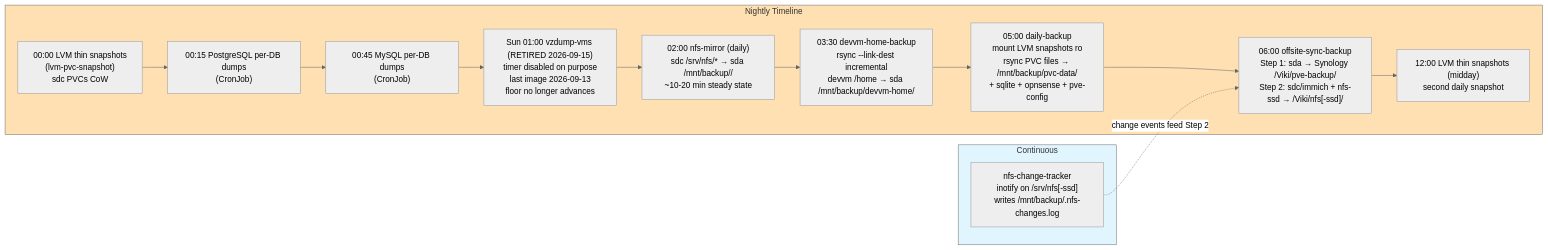
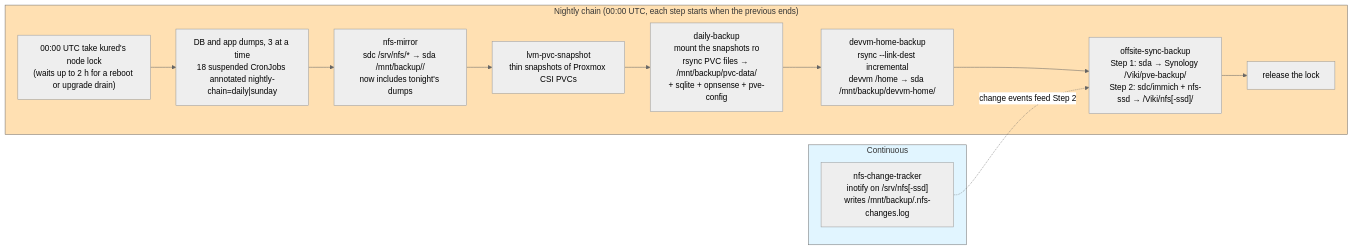
The third of 6 diagrams in docs/architecture/backup-dr.md (ViktorBarzin/infra), drawn with Mermaid (neutral theme) before and after one commit. The commit also changed other lines of this file and 37 other files, not shown here.

````diff
--- a/docs/architecture/backup-dr.md
+++ b/docs/architecture/backup-dr.md
@@ -213,24 +241,23 @@
 ```mermaid
 graph LR
     subgraph Continuous["Continuous"]
         INO["nfs-change-tracker<br/>inotify on /srv/nfs[-ssd]<br/>writes /mnt/backup/.nfs-changes.log"]
     end
 
-    subgraph Nightly["Nightly Timeline"]
-        T0000["00:00 LVM thin snapshots<br/>(lvm-pvc-snapshot)<br/>sdc PVCs CoW"]
-        T0015["00:15 PostgreSQL per-DB dumps<br/>(CronJob)"]
-        T0045["00:45 MySQL per-DB dumps<br/>(CronJob)"]
-        T0100["Sun 01:00 vzdump-vms (RETIRED 2026-09-15)<br/>timer disabled on purpose<br/>last image 2026-09-13<br/>floor no longer advances"]
-        T0200["02:00 nfs-mirror (daily)<br/>sdc /srv/nfs/* → sda /mnt/backup/<svc>/<br/>~10-20 min steady state"]
-        T0330["03:30 devvm-home-backup<br/>rsync --link-dest incremental<br/>devvm /home → sda /mnt/backup/devvm-home/"]
-        T0500["05:00 daily-backup<br/>mount LVM snapshots ro<br/>rsync PVC files → /mnt/backup/pvc-data/<br/>+ sqlite + opnsense + pve-config"]
-        T0600["06:00 offsite-sync-backup<br/>Step 1: sda → Synology /Viki/pve-backup/<br/>Step 2: sdc/immich + nfs-ssd → /Viki/nfs[-ssd]/"]
-        T1200["12:00 LVM thin snapshots (midday)<br/>second daily snapshot"]
+    subgraph Nightly["Nightly chain (00:00 UTC, each step starts when the previous ends)"]
+        T0000["00:00 UTC take kured's node lock<br/>(waits up to 2 h for a reboot or upgrade drain)"]
+        T0015["DB and app dumps, 3 at a time<br/>18 suspended CronJobs annotated nightly-chain=daily|sunday"]
+        T0200["nfs-mirror<br/>sdc /srv/nfs/* → sda /mnt/backup/<svc>/<br/>now includes tonight's dumps"]
+        T0300["lvm-pvc-snapshot<br/>thin snapshots of Proxmox CSI PVCs"]
+        T0500["daily-backup<br/>mount the snapshots ro<br/>rsync PVC files → /mnt/backup/pvc-data/<br/>+ sqlite + opnsense + pve-config"]
+        T0330["devvm-home-backup<br/>rsync --link-dest incremental<br/>devvm /home → sda /mnt/backup/devvm-home/"]
+        T0600["offsite-sync-backup<br/>Step 1: sda → Synology /Viki/pve-backup/<br/>Step 2: sdc/immich + nfs-ssd → /Viki/nfs[-ssd]/"]
+        T0700["release the lock"]
     end
 
-    T0000 --> T0015 --> T0045 --> T0100 --> T0200 --> T0330 --> T0500 --> T0600 --> T1200
+    T0000 --> T0015 --> T0200 --> T0300 --> T0500 --> T0330 --> T0600 --> T0700
     INO -.->|change events feed Step 2| T0600
 
     style Nightly fill:#ffe0b2
     style Continuous fill:#e1f5ff
 ```
````
